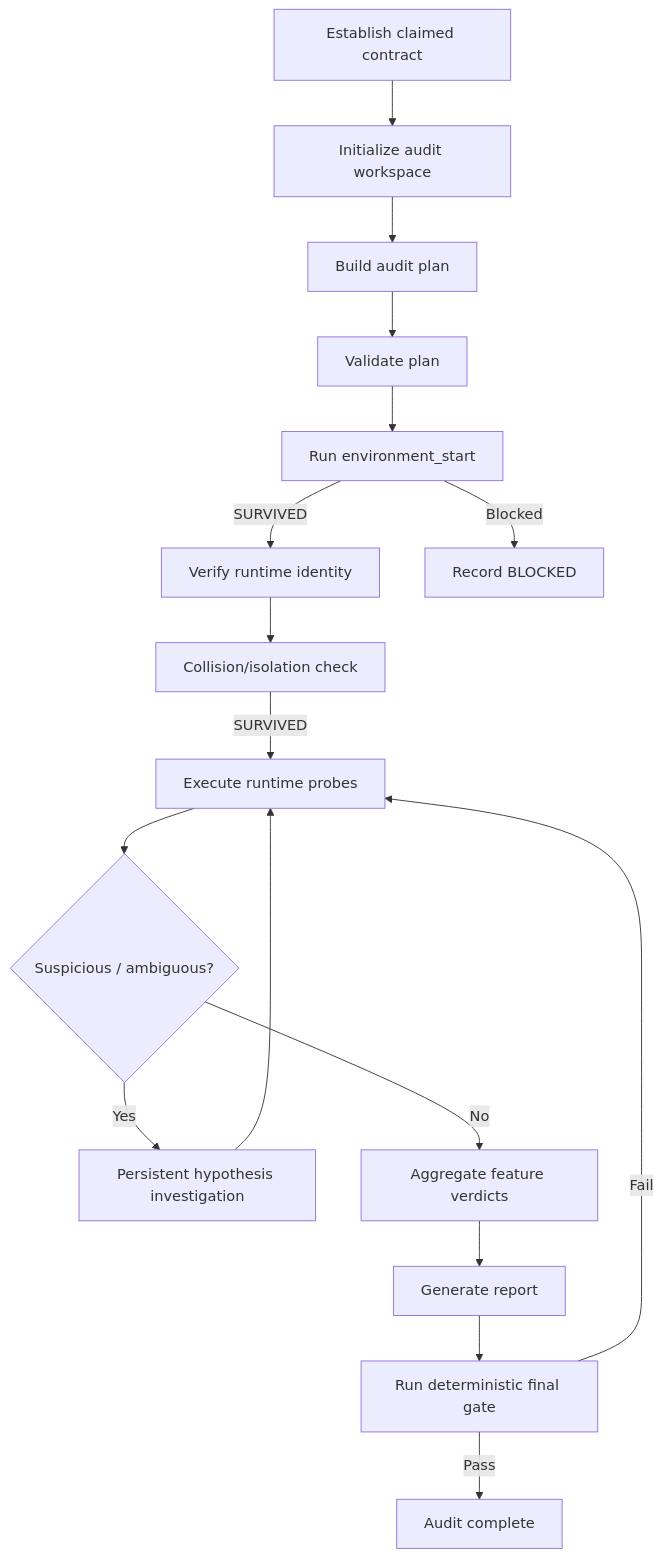
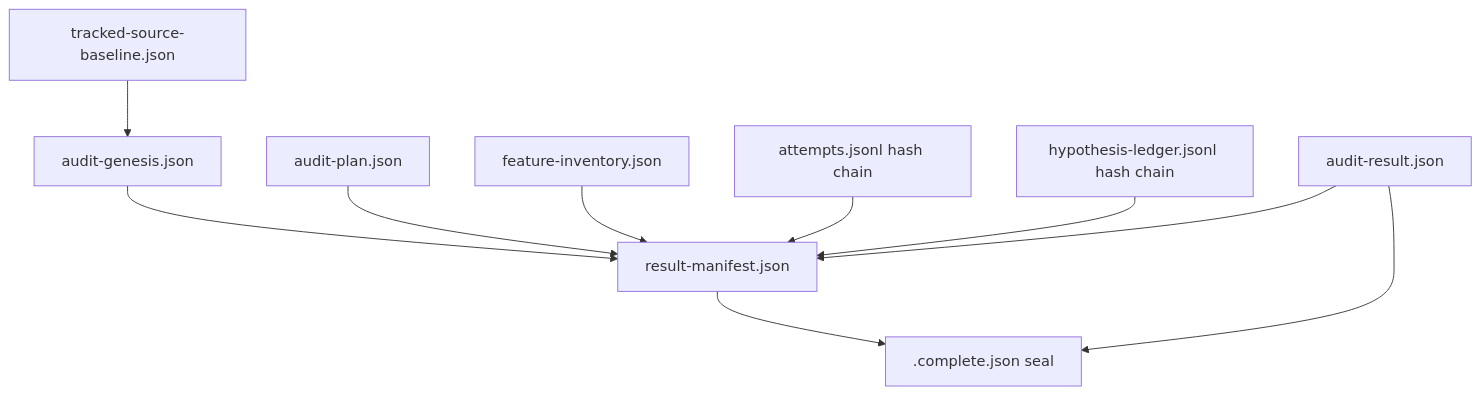
One commit to saltless-bruh/runtime-feature-falsifier changed the seventh of 7 diagrams in README.md. Above: the diagram before and after it, drawn with Mermaid. The commit also changed other lines of this file and 180 other files, not shown here.

First line of the commit message:
Publish Runtime Feature Falsifier v2.9.5

````diff
--- a/README.md
+++ b/README.md
@@ -545,19 +761,22 @@
 ```mermaid
 flowchart TD
-    A[Establish claimed contract] --> B[Initialize audit workspace]
-    B --> C[Build audit plan]
-    C --> D[Validate plan]
-    D --> E[Run environment_start]
-    E -->|SURVIVED| E2[Verify runtime identity]
-    E -->|Blocked| X[Record BLOCKED]
-    E2 --> E3[Collision/isolation check]
-    E3 -->|SURVIVED| F[Execute runtime probes]
-    F --> G{Suspicious / ambiguous?}
-    G -->|Yes| H[Persistent hypothesis investigation]
-    H --> F
-    G -->|No| I[Aggregate feature verdicts]
-    I --> J[Generate report]
-    J --> K[Run deterministic final gate]
-    K -->|Fail| F
-    K -->|Pass| L[Audit complete]
+    G[audit-genesis.json]
+    B[tracked-source-baseline.json]
+    P[audit-plan.json]
+    I[feature-inventory.json]
+    A[attempts.jsonl hash chain]
+    H[hypothesis-ledger.jsonl hash chain]
+    R[audit-result.json]
+    M[result-manifest.json]
+    S[.complete.json seal]
+
+    G --> M
+    B --> G
+    P --> M
+    I --> M
+    A --> M
+    H --> M
+    R --> M
+    M --> S
+    R --> S
 ```
````
